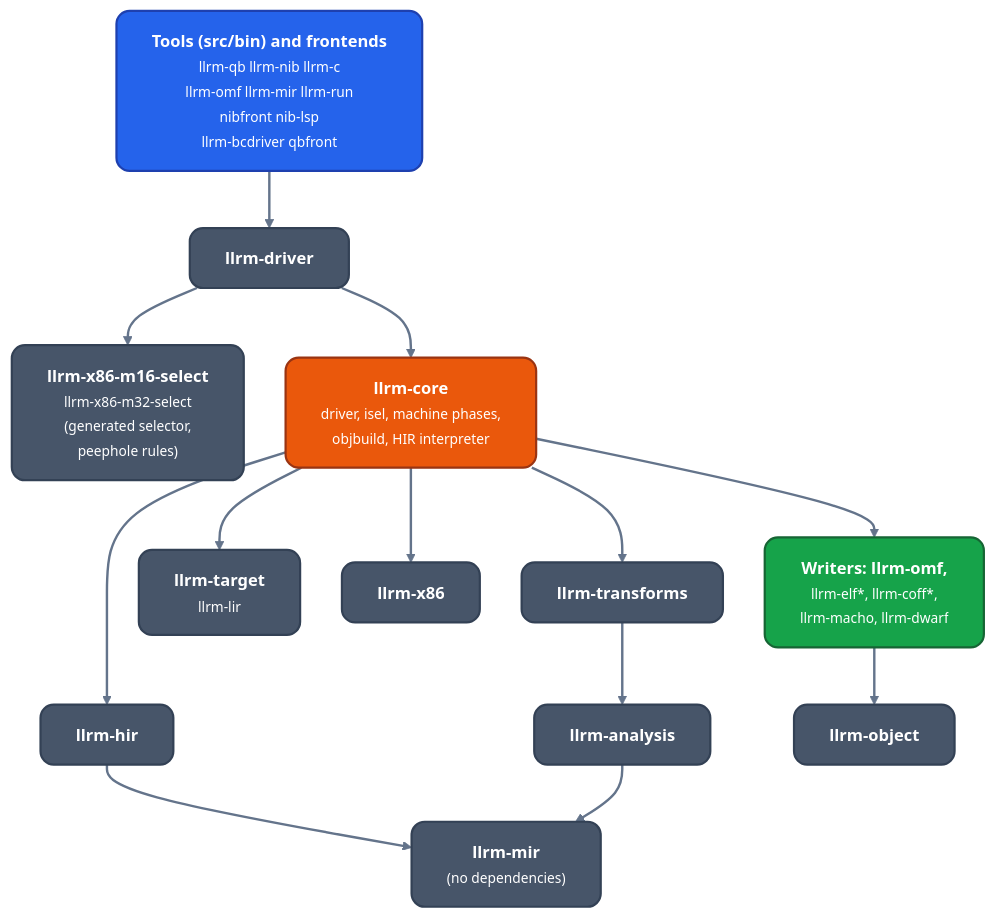
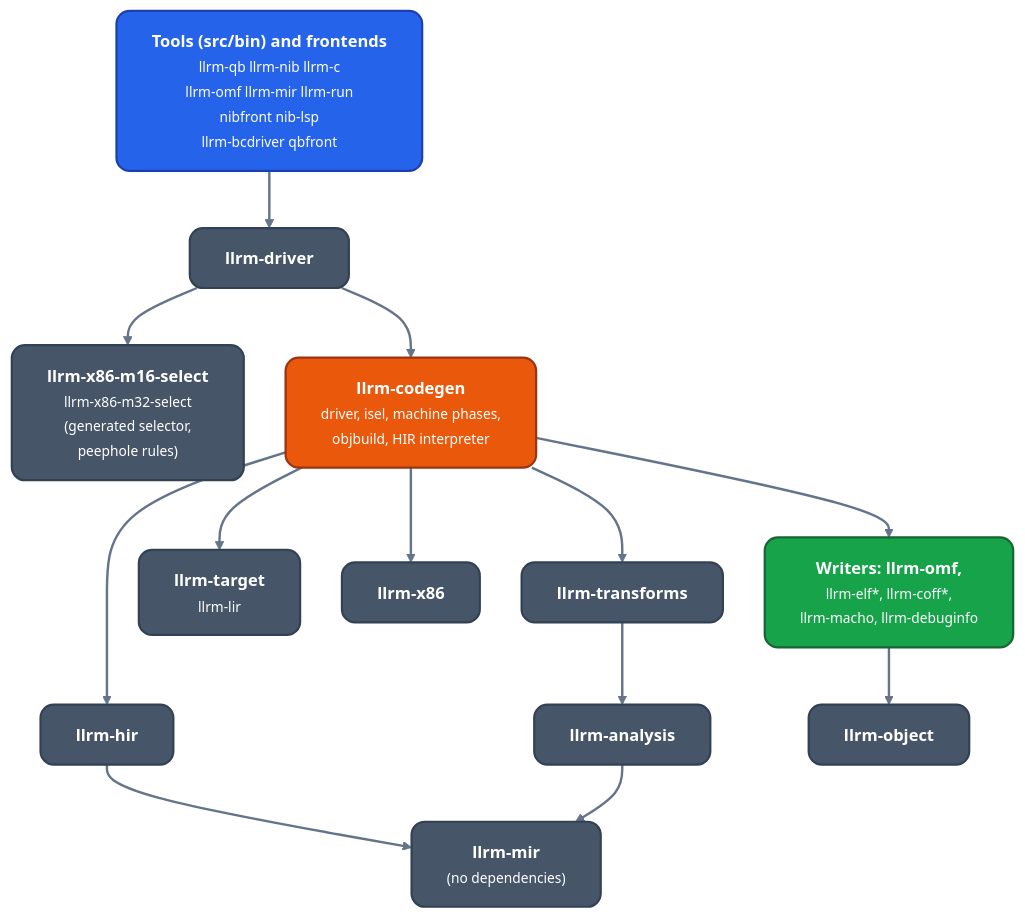
The second of 6 diagrams in docs/architecture/readme.md (ali-mosavian/llrm), drawn with Mermaid before and after one commit. The commit also changed other lines of this file and 1107 other files, not shown here.

````diff
--- a/docs/architecture/readme.md
+++ b/docs/architecture/readme.md
@@ -72,33 +72,33 @@
 ```mermaid
 %%{init: {'theme':'base','themeVariables':{'fontFamily':'Segoe UI, Helvetica Neue, Arial, DejaVu Sans, sans-serif','fontSize':'15px','primaryColor':'#475569','primaryTextColor':'#ffffff','primaryBorderColor':'#334155','lineColor':'#64748b','secondaryColor':'#475569','tertiaryColor':'transparent','clusterBkg':'transparent','clusterBorder':'#64748b','edgeLabelBackground':'#334155','textColor':'#64748b','titleColor':'#64748b'},'flowchart':{'curve':'basis','nodeSpacing':38,'rankSpacing':52,'padding':16,'wrappingWidth':360,'htmlLabels':true,'useMaxWidth':true}}}%%
 flowchart TB
   classDef src fill:#2563eb,stroke:#1e40af,stroke-width:2px,color:#ffffff,rx:12px,ry:12px
   classDef mid fill:#475569,stroke:#334155,stroke-width:2px,color:#ffffff,rx:12px,ry:12px
   classDef opt fill:#ea580c,stroke:#9a3412,stroke-width:2px,color:#ffffff,rx:12px,ry:12px
   classDef out fill:#16a34a,stroke:#166534,stroke-width:2px,color:#ffffff,rx:12px,ry:12px
   linkStyle default stroke:#64748b,stroke-width:2.2px
   fe["<b>Tools (src/bin) and frontends</b><br/><small>llrm-qb llrm-nib llrm-c<br/>llrm-omf llrm-mir llrm-run<br/>nibfront nib-lsp<br/>llrm-bcdriver qbfront</small>"]:::src
   drv["<b>llrm-driver</b>"]:::mid
   sel["<b>llrm-x86-m16-select</b><br/><small>llrm-x86-m32-select<br/>(generated selector,<br/>peephole rules)</small>"]:::mid
-  core["<b>llrm-core</b><br/><small>driver, isel, machine phases,<br/>objbuild, HIR interpreter</small>"]:::opt
+  core["<b>llrm-codegen</b><br/><small>driver, isel, machine phases,<br/>objbuild, HIR interpreter</small>"]:::opt
   hir["<b>llrm-hir</b>"]:::mid
   tr["<b>llrm-transforms</b>"]:::mid
   tgt["<b>llrm-target</b><br/><small>llrm-lir</small>"]:::mid
   x86["<b>llrm-x86</b>"]:::mid
-  wr["<b>Writers: llrm-omf,</b><br/><small>llrm-elf*, llrm-coff*,<br/>llrm-macho, llrm-dwarf</small>"]:::out
+  wr["<b>Writers: llrm-omf,</b><br/><small>llrm-elf*, llrm-coff*,<br/>llrm-macho, llrm-debuginfo</small>"]:::out
   an["<b>llrm-analysis</b>"]:::mid
   obj["<b>llrm-object</b>"]:::mid
   mir["<b>llrm-mir</b><br/><small>(no dependencies)</small>"]:::mid
   fe --> drv
   drv --> sel
   drv --> core
   core --> hir
   core --> tr
   core --> tgt
   core --> x86
   core --> wr
   wr --> obj
   hir --> mir
   tr --> an
   an --> mir
 ```
````
